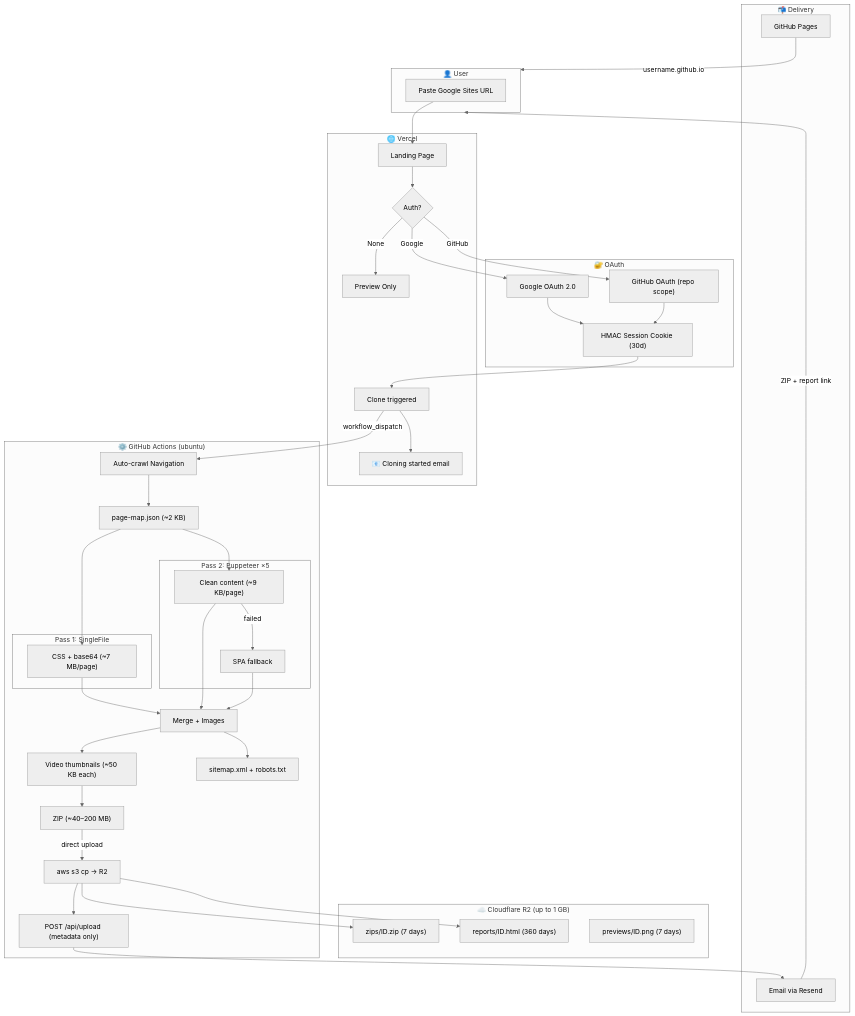
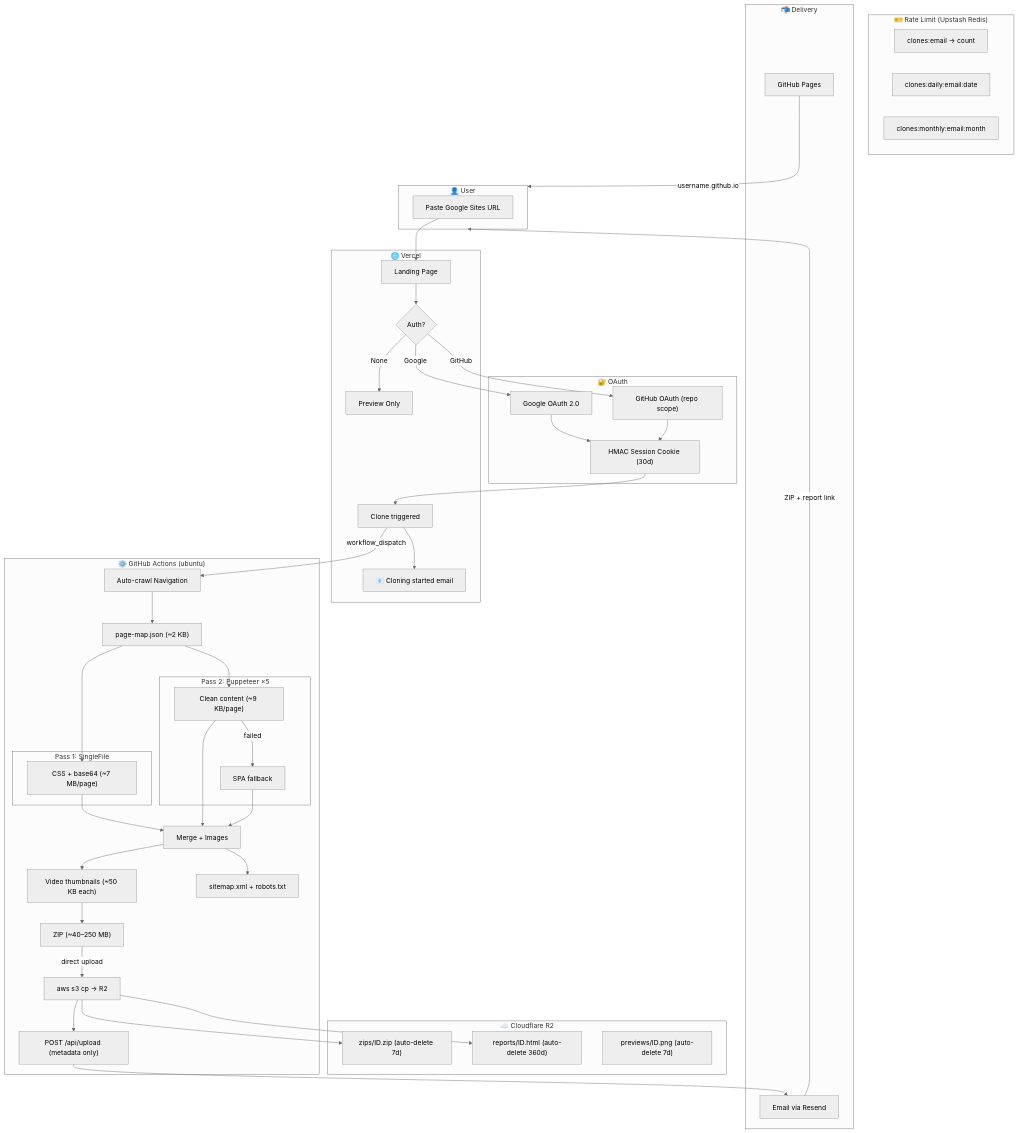
The fourth of 4 diagrams in ARCHITECTURE.md (maximosovsky/google-sites-clone), drawn with Mermaid (neutral theme) before and after one commit. The commit also changed other lines of this file and 10 other files, not shown here.

Commit message:
feat: tiered rate limit (Free/Starred/Unlimited) + R2 lifecycle

````diff
--- a/ARCHITECTURE.md
+++ b/ARCHITECTURE.md
@@ -168,76 +182,82 @@
 ```mermaid
 flowchart TB
     subgraph USER["👤 User"]
         A["Paste Google Sites URL"]
     end
 
     subgraph AUTH["🔐 OAuth"]
         GA["Google OAuth 2.0"]
         GHA["GitHub OAuth (repo scope)"]
         SESS["HMAC Session Cookie (30d)"]
     end
 
     subgraph FRONTEND["🌐 Vercel"]
         B["Landing Page"]
         C{"Auth?"}
         D["Preview Only"]
         Q["Clone triggered"]
         EM1["📧 Cloning started email"]
     end
 
     subgraph BACKEND["⚙️ GitHub Actions (ubuntu)"]
         G["Auto-crawl Navigation"]
         H["page-map.json (~2 KB)"]
         subgraph PASS1["Pass 1: SingleFile"]
             I["CSS + base64 (~7 MB/page)"]
         end
         subgraph PASS2["Pass 2: Puppeteer ×5"]
             J["Clean content (~9 KB/page)"]
             J2["SPA fallback"]
         end
         K["Merge + Images"]
         L["Video thumbnails (~50 KB each)"]
         M["sitemap.xml + robots.txt"]
-        N["ZIP (~40–200 MB)"]
+        N["ZIP (~40–250 MB)"]
         R2UP["aws s3 cp → R2"]
         WH["POST /api/upload (metadata only)"]
     end
 
-    subgraph STORAGE["☁️ Cloudflare R2 (up to 1 GB)"]
-        O["zips/ID.zip (7 days)"]
-        P["reports/ID.html (360 days)"]
-        PRV["previews/ID.png (7 days)"]
+    subgraph STORAGE["☁️ Cloudflare R2"]
+        O["zips/ID.zip (auto-delete 7d)"]
+        P["reports/ID.html (auto-delete 360d)"]
+        PRV["previews/ID.png (auto-delete 7d)"]
+    end
+
+    subgraph RATELIMIT["🎫 Rate Limit (Upstash Redis)"]
+        RL["clones:email → count"]
+        RLD["clones:daily:email:date"]
+        RLM["clones:monthly:email:month"]
     end
 
     subgraph DELIVERY["📬 Delivery"]
         R["Email via Resend"]
         S["GitHub Pages"]
     end
 
     A --> B
     B --> C
     C -->|None| D
     C -->|Google| GA --> SESS --> Q
     C -->|GitHub| GHA --> SESS
 
     Q --> EM1
     Q -->|workflow_dispatch| G
     G --> H
     H --> I
     H --> J
     J -->|failed| J2
     I --> K
     J --> K
     J2 --> K
     K --> L --> N
     K --> M
 
     N -->|"direct upload"| R2UP
     R2UP --> O
     R2UP --> P
     R2UP --> WH
     WH --> R
 
     R -->|"ZIP + report link"| USER
     S -->|"username.github.io"| USER
 ```
````
